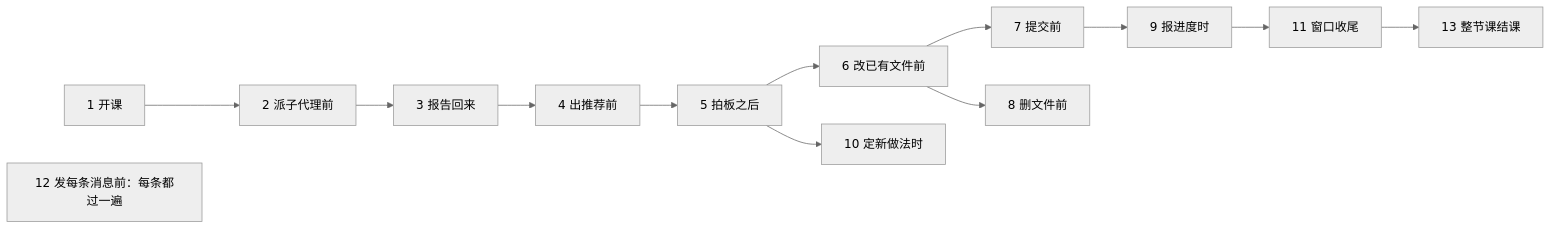
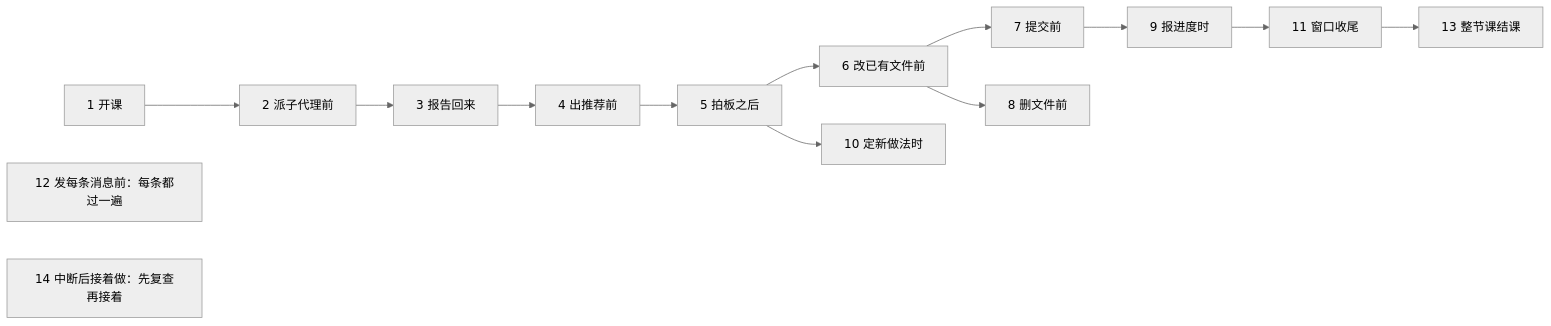
The diagram in docs/CHECKPOINTS.md (wengwengpang/study-l3-v2), drawn with Mermaid (neutral theme) before and after one commit. The commit also changed other lines of this file, not shown here.

````diff
--- a/docs/CHECKPOINTS.md
+++ b/docs/CHECKPOINTS.md
@@ -107,8 +111,9 @@
 ```mermaid
 flowchart LR
   K1[1 开课] --> K2[2 派子代理前] --> K3[3 报告回来] --> K4[4 出推荐前] --> K5[5 拍板之后]
   K5 --> K6[6 改已有文件前] --> K7[7 提交前] --> K9[9 报进度时] --> K11[11 窗口收尾] --> K13[13 整节课结课]
   K5 --> K10[10 定新做法时]
   K6 --> K8[8 删文件前]
   K12[12 发每条消息前：每条都过一遍]
+  K14[14 中断后接着做：先复查再接着]
 ```
````
